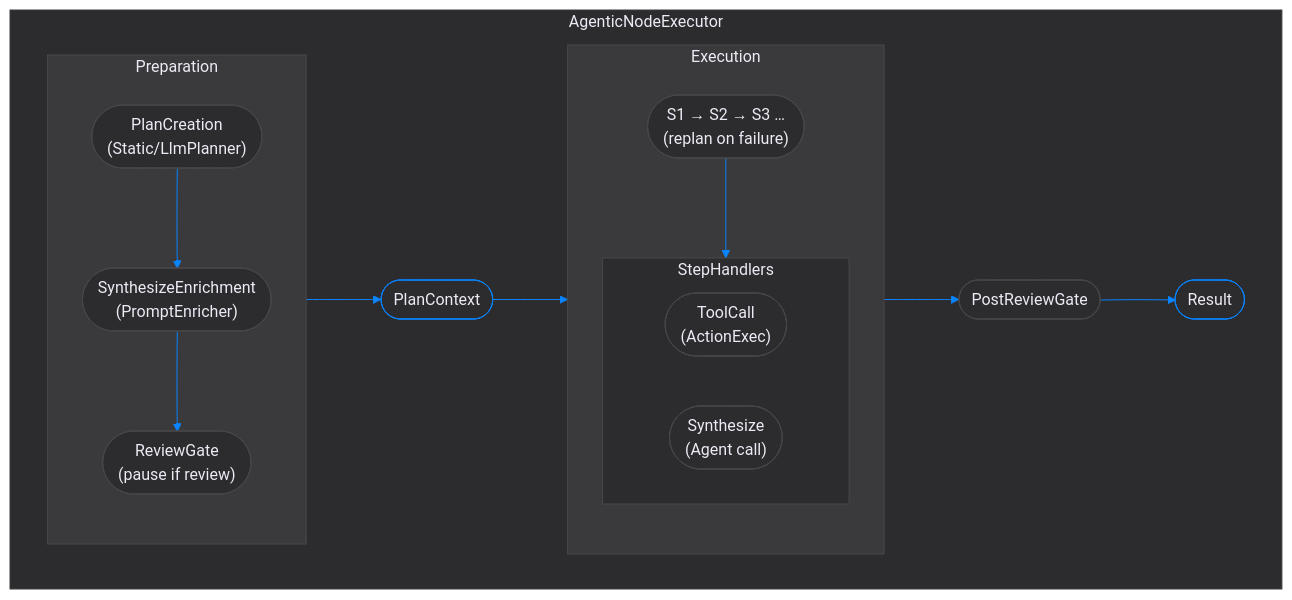
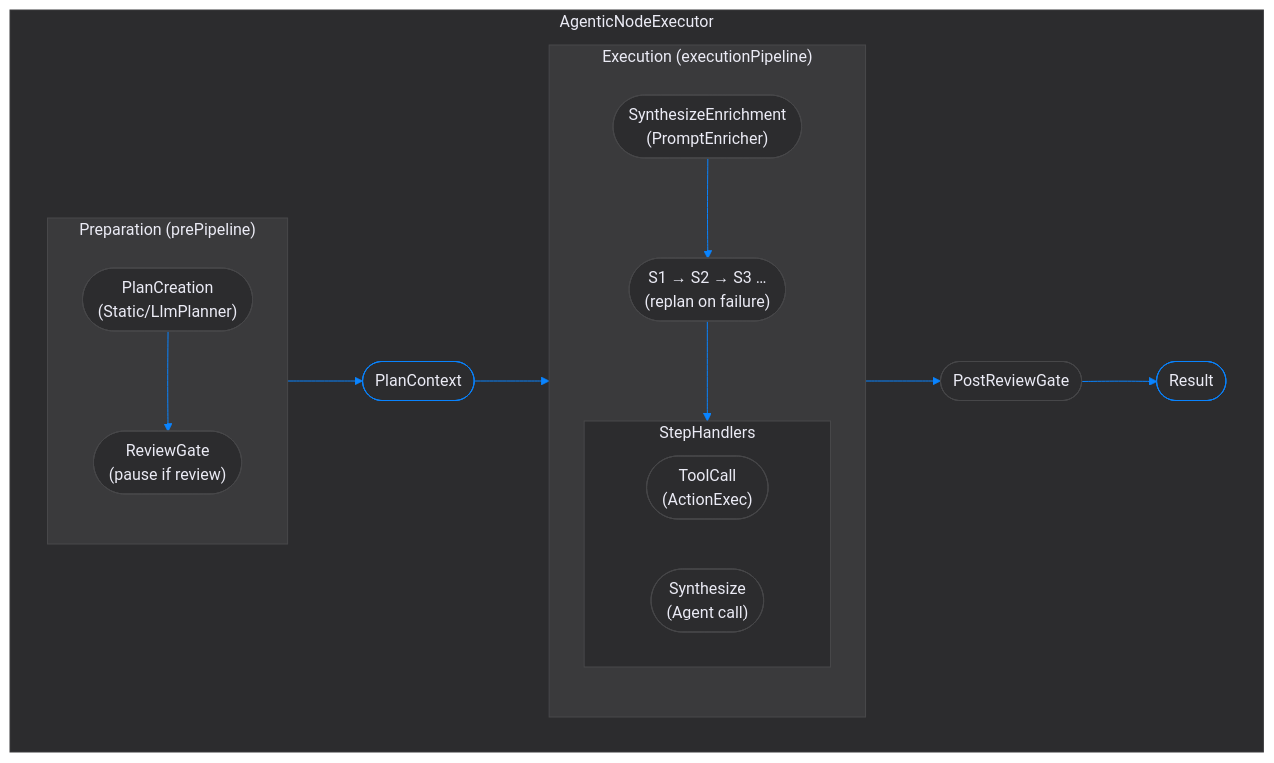
One commit to hensu-project/hensu changed the fifth of 6 diagrams in docs/unified-architecture.md. Above: the diagram before and after it, drawn with Mermaid. The commit also changed other lines of this file and 117 other files, not shown here.

First line of the commit message:
feat(core): pause/resume protocol with ExecutionPhase lifecycle (#80)

````diff
--- a/docs/unified-architecture.md
+++ b/docs/unified-architecture.md
@@ -518,46 +541,45 @@
 ```mermaid
 flowchart LR
     subgraph ane["AgenticNodeExecutor"]
         direction LR
-        subgraph prep["Preparation"]
+        subgraph prep["Preparation (prePipeline)"]
             direction TB
-            pcp(["PlanCreation\n(Static/LlmPlanner)"]) --> sep(["SynthesizeEnrichment\n(PromptEnricher)"])
-            sep --> rg(["ReviewGate\n(pause if review)"])
+            pcp(["PlanCreation\n(Static/LlmPlanner)"]) --> rg(["ReviewGate\n(pause if review)"])
         end
 
         ctx(["PlanContext"])
 
-        subgraph execp["Execution"]
+        subgraph execp["Execution (executionPipeline)"]
             direction TB
-            steps(["S1 → S2 → S3 …\n(replan on failure)"])
+            sep(["SynthesizeEnrichment\n(PromptEnricher)"]) --> steps(["S1 → S2 → S3 …\n(replan on failure)"])
             subgraph handlers["StepHandlers"]
                 direction LR
                 tch(["ToolCall\n(ActionExec)"])
                 sh(["Synthesize\n(Agent call)"])
             end
             steps --> handlers
         end
 
         postrg(["PostReviewGate"])
         result(["Result"])
 
         prep --> ctx --> execp --> postrg --> result
     end
 
     style ane fill:#2c2c2e, stroke:#3a3a3c, color:#ebebf5, stroke-width:1px
     style prep fill:#3a3a3c, stroke:#48484a, color:#ebebf5, stroke-width:1px
     style execp fill:#3a3a3c, stroke:#48484a, color:#ebebf5, stroke-width:1px
     style handlers fill:#2c2c2e, stroke:#48484a, color:#ebebf5, stroke-width:1px
 
     style pcp fill:#2c2c2e, stroke:#48484a, color:#ebebf5, stroke-width:1px
     style sep fill:#2c2c2e, stroke:#48484a, color:#ebebf5, stroke-width:1px
     style rg fill:#2c2c2e, stroke:#48484a, color:#ebebf5, stroke-width:1px
     style ctx fill:#2c2c2e, stroke:#0A84FF, color:#ebebf5, stroke-width:1px
     style steps fill:#2c2c2e, stroke:#48484a, color:#ebebf5, stroke-width:1px
     style tch fill:#2c2c2e, stroke:#48484a, color:#ebebf5, stroke-width:1px
     style sh fill:#2c2c2e, stroke:#48484a, color:#ebebf5, stroke-width:1px
     style postrg fill:#2c2c2e, stroke:#48484a, color:#ebebf5, stroke-width:1px
     style result fill:#2c2c2e, stroke:#0A84FF, color:#ebebf5, stroke-width:1px
 
     linkStyle default stroke:#0A84FF, stroke-width:1px
 ```
````
